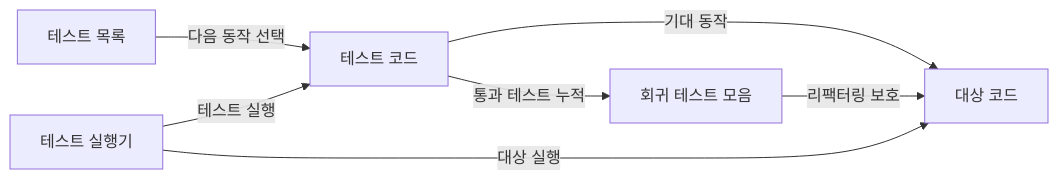
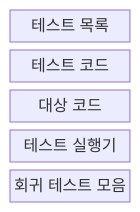
Before and after one commit to agnusdei1207/knowledge-base: the first of 2 diagrams in src/content/docs/notes/03-software/059_test_driven_development.md, drawn with Mermaid. The commit also changed other lines of this file and 20 other files, not shown here.

````diff
--- a/src/content/docs/notes/03-software/059_test_driven_development.md
+++ b/src/content/docs/notes/03-software/059_test_driven_development.md
@@ -58,9 +56,9 @@
 ```mermaid
-flowchart LR
-    L[테스트 목록] -->|다음 동작 선택| T[테스트 코드]
-    T -->|기대 동작| S[대상 코드]
-    R[테스트 실행기] -->|테스트 실행| T
-    R -->|대상 실행| S
-    T -->|통과 테스트 누적| G[회귀 테스트 모음]
-    G -->|리팩터링 보호| S
+block
+  columns 1
+  L["테스트 목록"]
+  T["테스트 코드"]
+  S["대상 코드"]
+  R["테스트 실행기"]
+  G["회귀 테스트 모음"]
 ```
````
